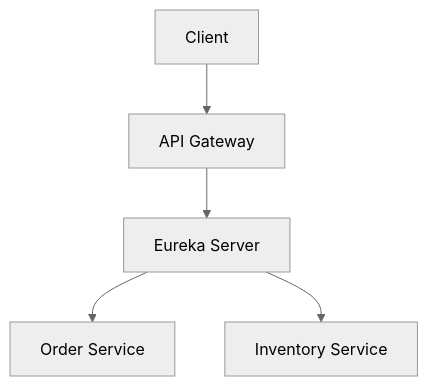
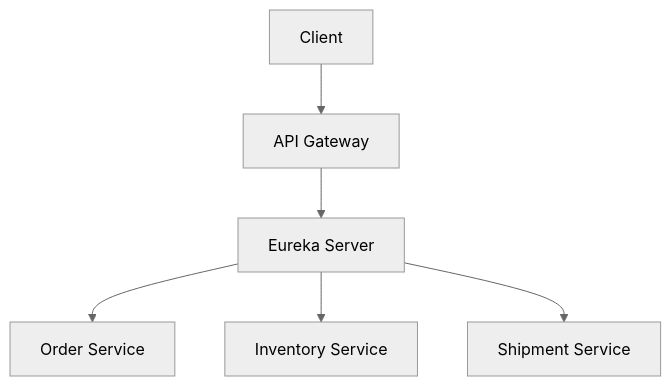
The second of 2 diagrams in README.md (chanduujjina/APIGateWay), drawn with Mermaid (neutral theme) before and after one commit.

````diff
--- a/README.md
+++ b/README.md
@@ -27,7 +27,15 @@
 ```mermaid
 flowchart TD
-    A[Client] --> B[API Gateway]
-    B --> C[Eureka Server]
-    C --> D[Order Service]
-    C --> E[Inventory Service]
+    A[Client]
+    B[API Gateway]
+    C[Eureka Server]
+    D[Order Service]
+    E[Inventory Service]
+    F[Shipment Service]
+
+    A --> B
+    B --> C
+    C --> D
+    C --> E
+    C --> F 
 ```
````
